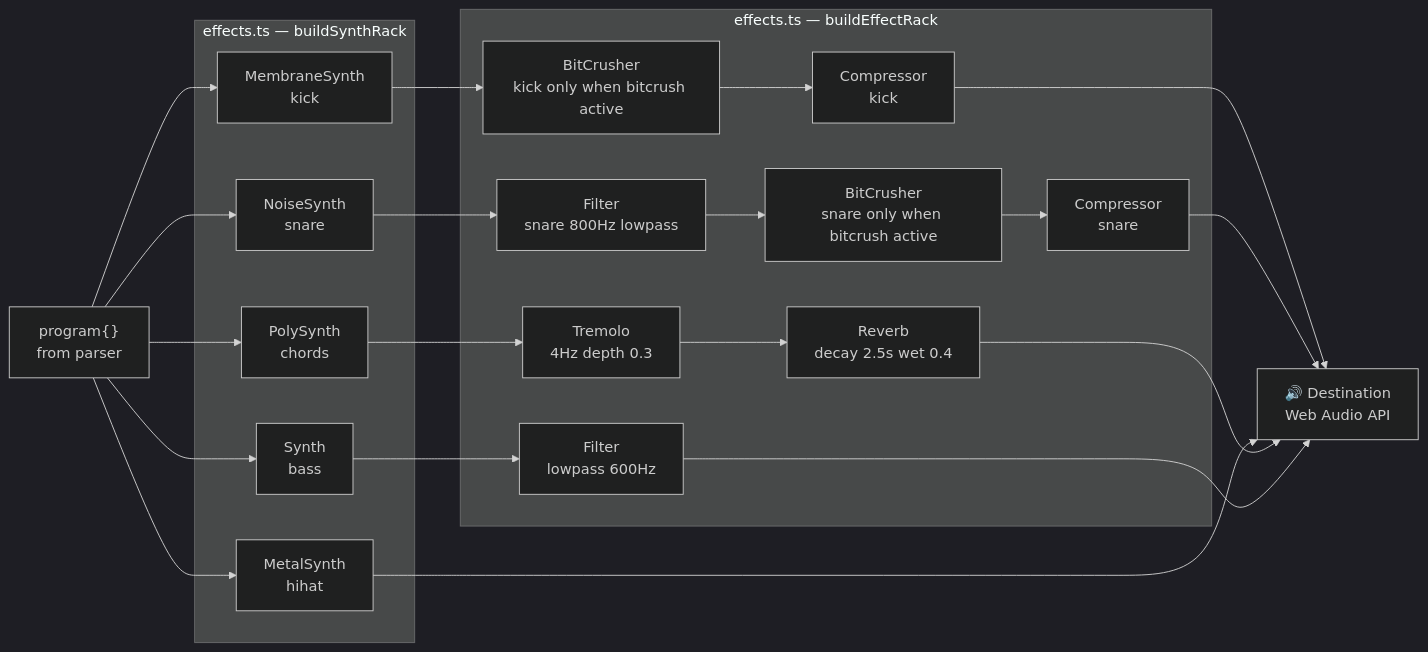
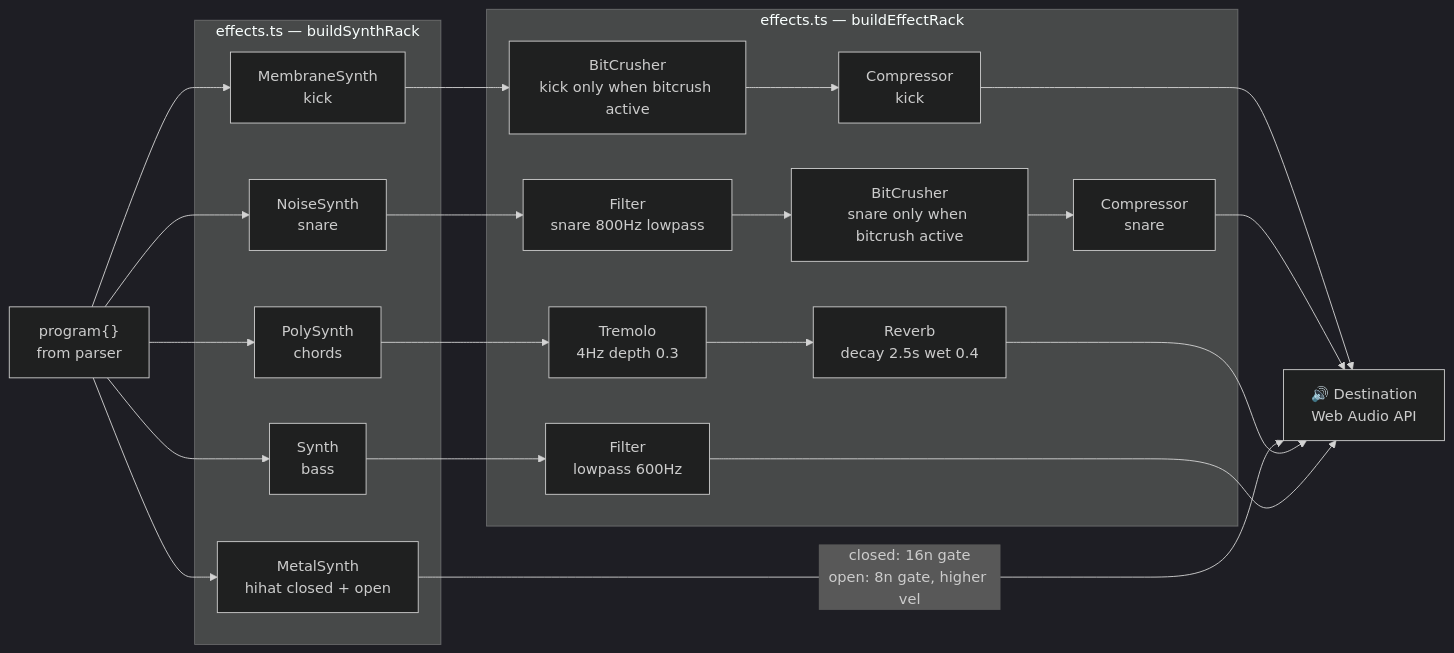
Before and after one commit to souvik03-136/SLAPT: the third of 8 diagrams in docs/DOCUMENTATION.md, drawn with Mermaid (dark theme). The commit also changed other lines of this file and 13 other files, not shown here.

````diff
--- a/docs/DOCUMENTATION.md
+++ b/docs/DOCUMENTATION.md
@@ -107,31 +113,31 @@
 ```mermaid
 flowchart LR
     PROG["program{}\nfrom parser"]
 
     subgraph SYNTHS["effects.ts — buildSynthRack"]
         KICK_S["MembraneSynth\nkick"]
         SNARE_S["NoiseSynth\nsnare"]
-        HIHAT_S["MetalSynth\nhihat"]
+        HIHAT_S["MetalSynth\nhihat closed + open"]
         CHORD_S["PolySynth\nchords"]
         BASS_S["Synth\nbass"]
     end
 
     subgraph FX["effects.ts — buildEffectRack"]
         KICK_BC["BitCrusher\nkick only when bitcrush active"]
         SNARE_BC["BitCrusher\nsnare only when bitcrush active"]
         KICK_C["Compressor\nkick"]
         SNARE_F["Filter\nsnare 800Hz lowpass"]
         SNARE_C["Compressor\nsnare"]
         TREMOLO["Tremolo\n4Hz depth 0.3"]
         REVERB["Reverb\ndecay 2.5s wet 0.4"]
         BASS_F["Filter\nlowpass 600Hz"]
     end
 
     DEST["🔊 Destination\nWeb Audio API"]
 
     PROG --> KICK_S --> KICK_BC --> KICK_C --> DEST
     PROG --> SNARE_S --> SNARE_F --> SNARE_BC --> SNARE_C --> DEST
-    PROG --> HIHAT_S --> DEST
+    PROG --> HIHAT_S -->|"closed: 16n gate\nopen: 8n gate, higher vel"| DEST
     PROG --> CHORD_S --> TREMOLO --> REVERB --> DEST
     PROG --> BASS_S --> BASS_F --> DEST
 ```
````
